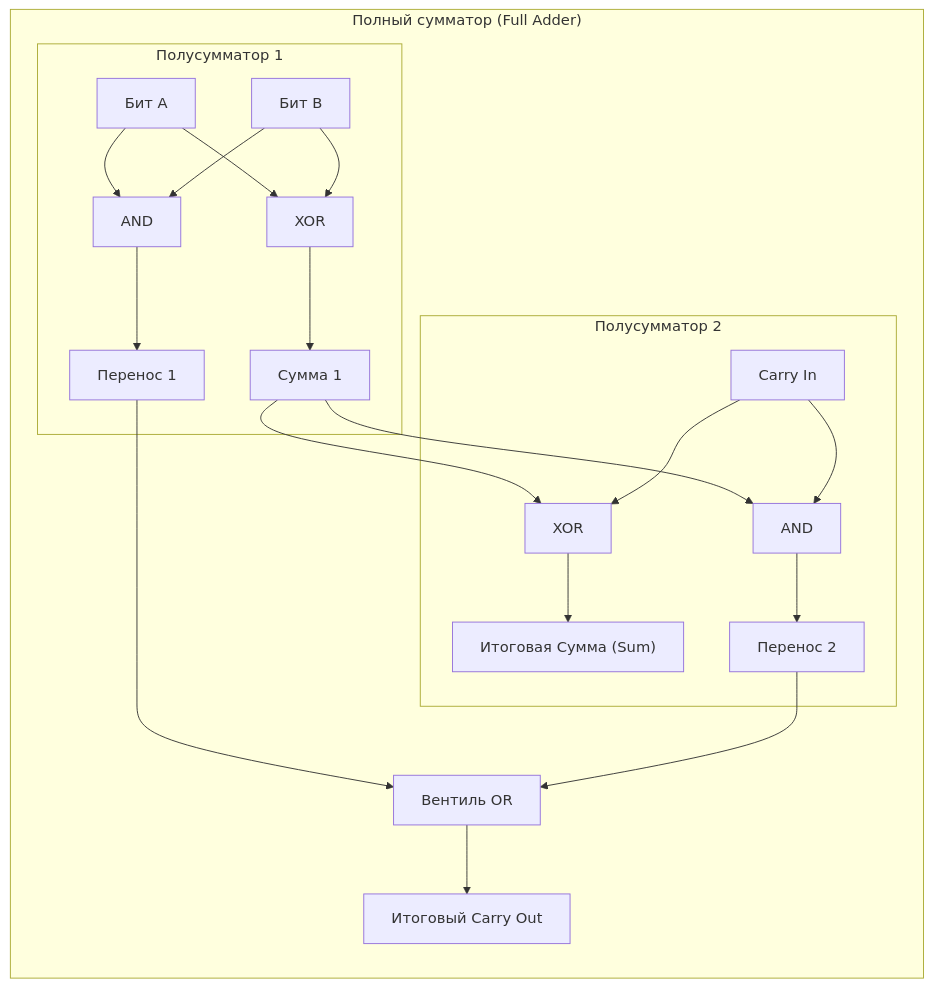
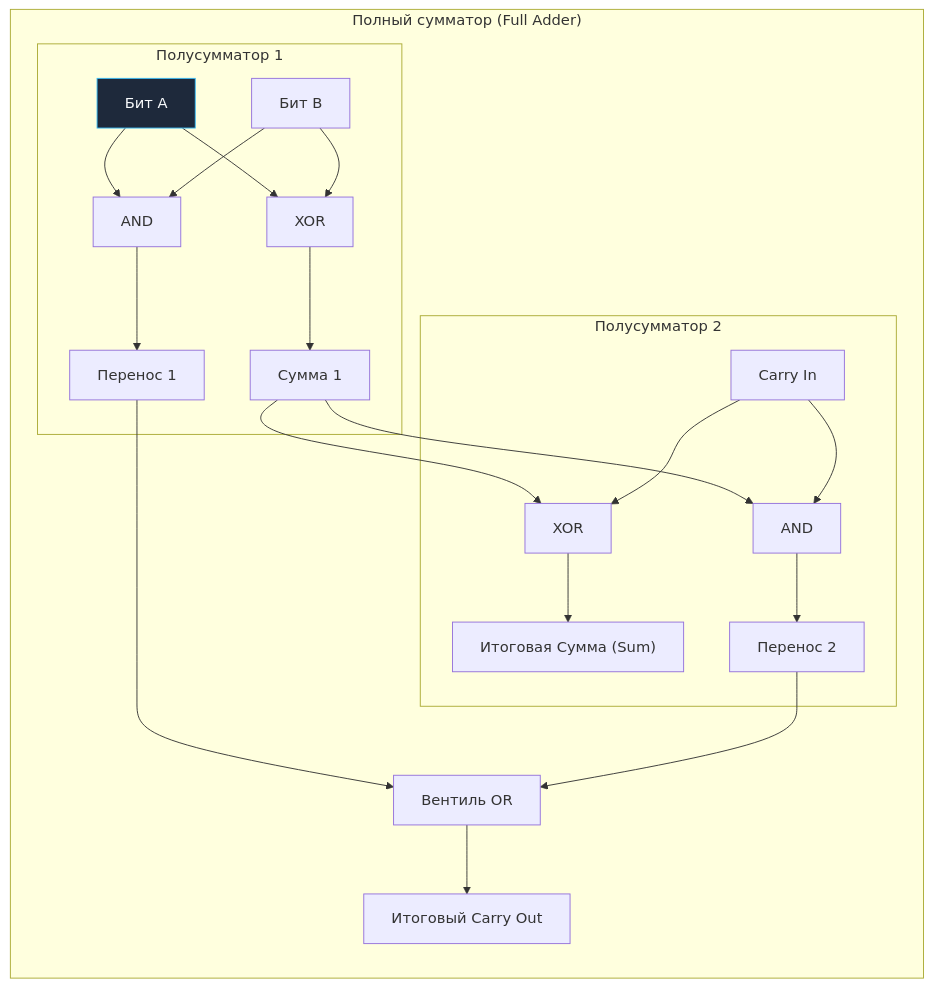
The second of 3 diagrams in sources/1. Архитектура компьютера/3. Комбинационная логика. Учим кремний считать.md (UnrealTemplier/go-textbook), drawn with Mermaid before and after one commit. The commit also changed other lines of this file and 1666 other files, not shown here.

First line of the commit message:
feat(mermaid): add semantic color classDef to 1369 colorless flowchart/graph diagrams

````diff
--- a/sources/1. Архитектура компьютера/3. Комбинационная логика. Учим кремний считать.md
+++ b/sources/1. Архитектура компьютера/3. Комбинационная логика. Учим кремний считать.md
@@ -72,17 +82,27 @@
 ```mermaid
 flowchart TD
+    classDef process  fill:#1e293b,stroke:#38bdf8,stroke-width:1px,color:#f8fafc
+    classDef success  fill:#064e3b,stroke:#34d399,stroke-width:1px,color:#f8fafc
+    classDef error    fill:#7f1d1d,stroke:#f87171,stroke-width:1px,color:#f8fafc
+    classDef warning  fill:#78350f,stroke:#fbbf24,stroke-width:1px,color:#f8fafc
+    classDef entry    fill:#1e3a5f,stroke:#38bdf8,stroke-width:2px,color:#f8fafc
+    classDef aux      fill:#334155,stroke:#64748b,stroke-width:1px,color:#f8fafc
+    classDef system   fill:#312e81,stroke:#a78bfa,stroke-width:1px,color:#f8fafc
+    classDef data     fill:#132d29,stroke:#2dd4bf,stroke-width:1px,color:#f8fafc
+    classDef network  fill:#881337,stroke:#fb7185,stroke-width:1px,color:#f8fafc
+    classDef accent   fill:#1e1b4b,stroke:#818cf8,stroke-width:1px,color:#f8fafc
     subgraph FullAdder["Полный сумматор (Full Adder)"]
         direction TB
         subgraph HA1["Полусумматор 1"]
-            InA["Бит A"] & InB["Бит B"] --> XOR1["XOR"] --> S1["Сумма 1"]
+            InA["Бит A"]:::process & InB["Бит B"] --> XOR1["XOR"] --> S1["Сумма 1"]
             InA & InB --> AND1["AND"] --> C1["Перенос 1"]
         end
 
         subgraph HA2["Полусумматор 2"]
             S1 & Cin["Carry In"] --> XOR2["XOR"] --> FinalSum["Итоговая Сумма (Sum)"]
             S1 & Cin --> AND2["AND"] --> C2["Перенос 2"]
         end
 
         C1 & C2 --> OR_Gate["Вентиль OR"] --> FinalCarry["Итоговый Carry Out"]
     end
 ```
````
